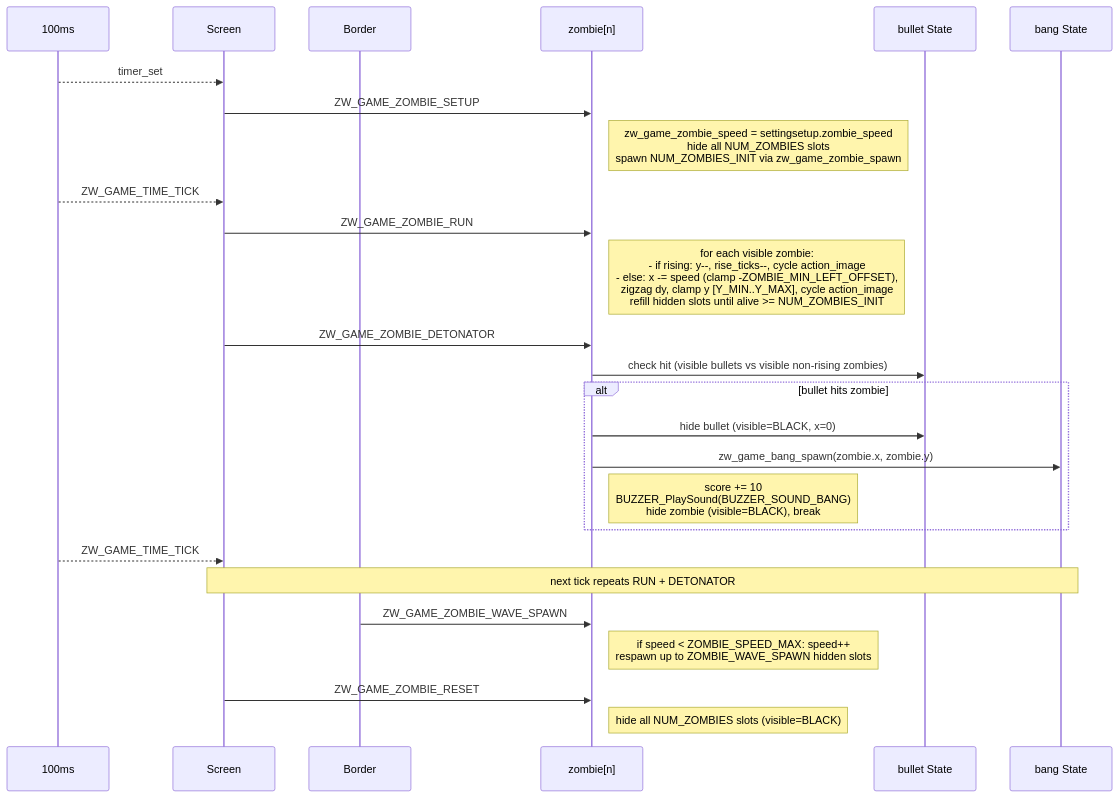
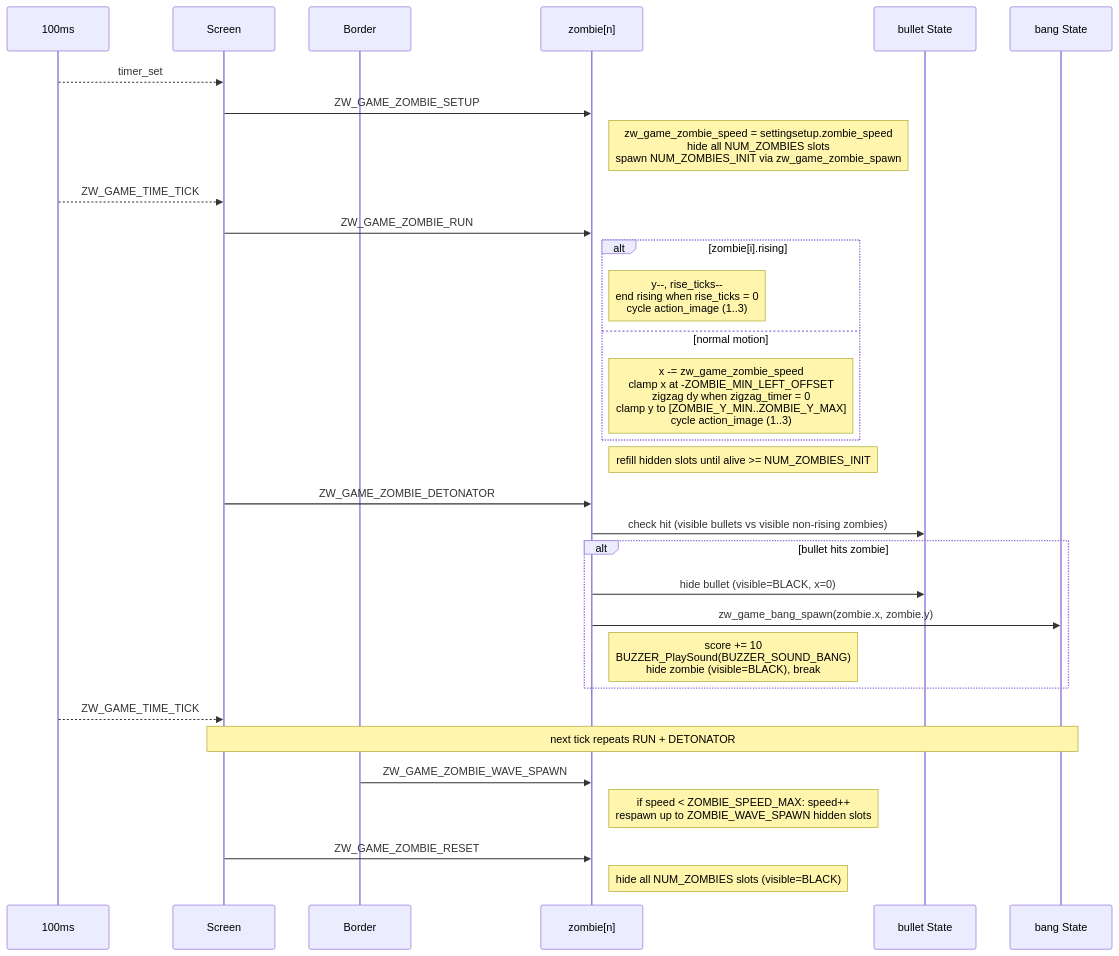
Before and after one commit to caotrongphuoc/mini-clock: the diagram in docs/object_sequence.md, drawn with Mermaid.

Commit message:
[UPDATE] zombie's sequence

````diff
--- a/docs/object_sequence.md
+++ b/docs/object_sequence.md
@@ -45,34 +45,39 @@
 ```mermaid
 sequenceDiagram
     participant Timer as 100ms
     participant Screen
     participant Border
     participant Zombie as zombie[n]
     participant Bullet as bullet State
     participant Bang as bang State
 
     Timer-->>Screen: timer_set
     Screen->>Zombie: ZW_GAME_ZOMBIE_SETUP
     Note right of Zombie: zw_game_zombie_speed = settingsetup.zombie_speed<br/>hide all NUM_ZOMBIES slots<br/>spawn NUM_ZOMBIES_INIT via zw_game_zombie_spawn
 
     Timer-->>Screen: ZW_GAME_TIME_TICK
     Screen->>Zombie: ZW_GAME_ZOMBIE_RUN
-    Note right of Zombie: for each visible zombie:<br/>- if rising: y--, rise_ticks--, cycle action_image<br/>- else: x -= speed (clamp -ZOMBIE_MIN_LEFT_OFFSET),<br/>  zigzag dy, clamp y [Y_MIN..Y_MAX], cycle action_image<br/>refill hidden slots until alive >= NUM_ZOMBIES_INIT
+    alt zombie[i].rising
+        Note right of Zombie: y--, rise_ticks--<br/>end rising when rise_ticks = 0<br/>cycle action_image (1..3)
+    else normal motion
+        Note right of Zombie: x -= zw_game_zombie_speed<br/>clamp x at -ZOMBIE_MIN_LEFT_OFFSET<br/>zigzag dy when zigzag_timer = 0<br/>clamp y to [ZOMBIE_Y_MIN..ZOMBIE_Y_MAX]<br/>cycle action_image (1..3)
+    end
+    Note right of Zombie: refill hidden slots until alive >= NUM_ZOMBIES_INIT
 
     Screen->>Zombie: ZW_GAME_ZOMBIE_DETONATOR
     Zombie->>Bullet: check hit (visible bullets vs visible non-rising zombies)
     alt bullet hits zombie
         Zombie->>Bullet: hide bullet (visible=BLACK, x=0)
         Zombie->>Bang: zw_game_bang_spawn(zombie.x, zombie.y)
         Note right of Zombie: score += 10<br/>BUZZER_PlaySound(BUZZER_SOUND_BANG)<br/>hide zombie (visible=BLACK), break
     end
 
     Timer-->>Screen: ZW_GAME_TIME_TICK
     Note over Screen,Bang: next tick repeats RUN + DETONATOR
 
     Border->>Zombie: ZW_GAME_ZOMBIE_WAVE_SPAWN
     Note right of Zombie: if speed < ZOMBIE_SPEED_MAX: speed++<br/>respawn up to ZOMBIE_WAVE_SPAWN hidden slots
 
     Screen->>Zombie: ZW_GAME_ZOMBIE_RESET
     Note right of Zombie: hide all NUM_ZOMBIES slots (visible=BLACK)
 ```
````
